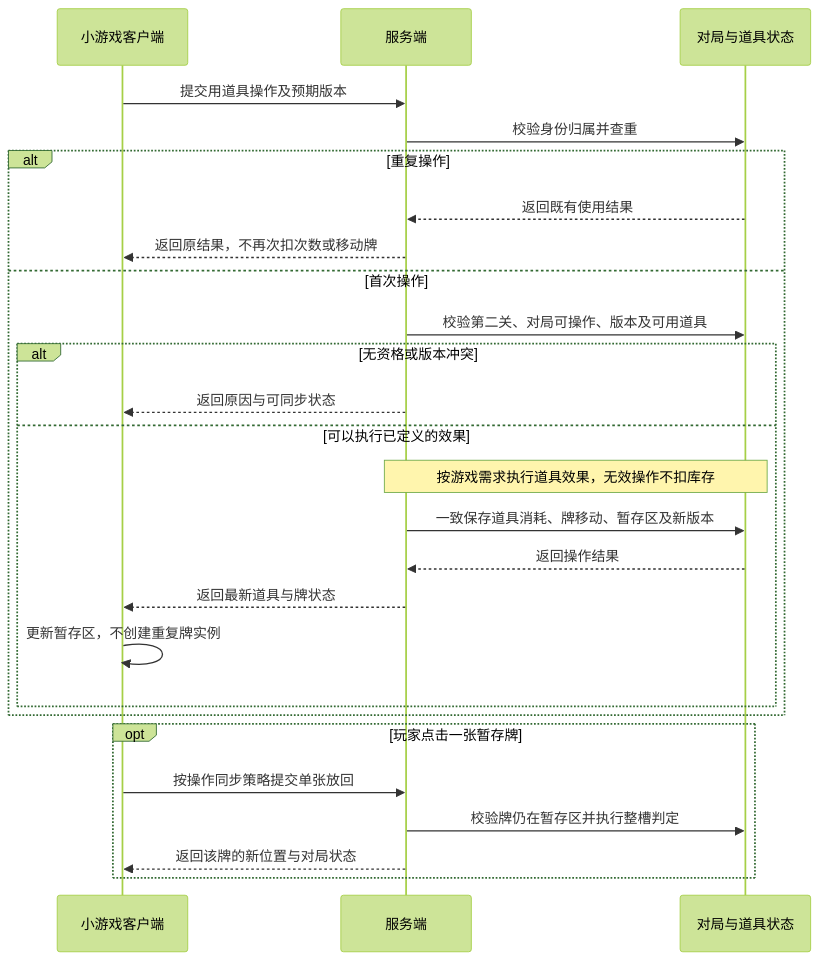
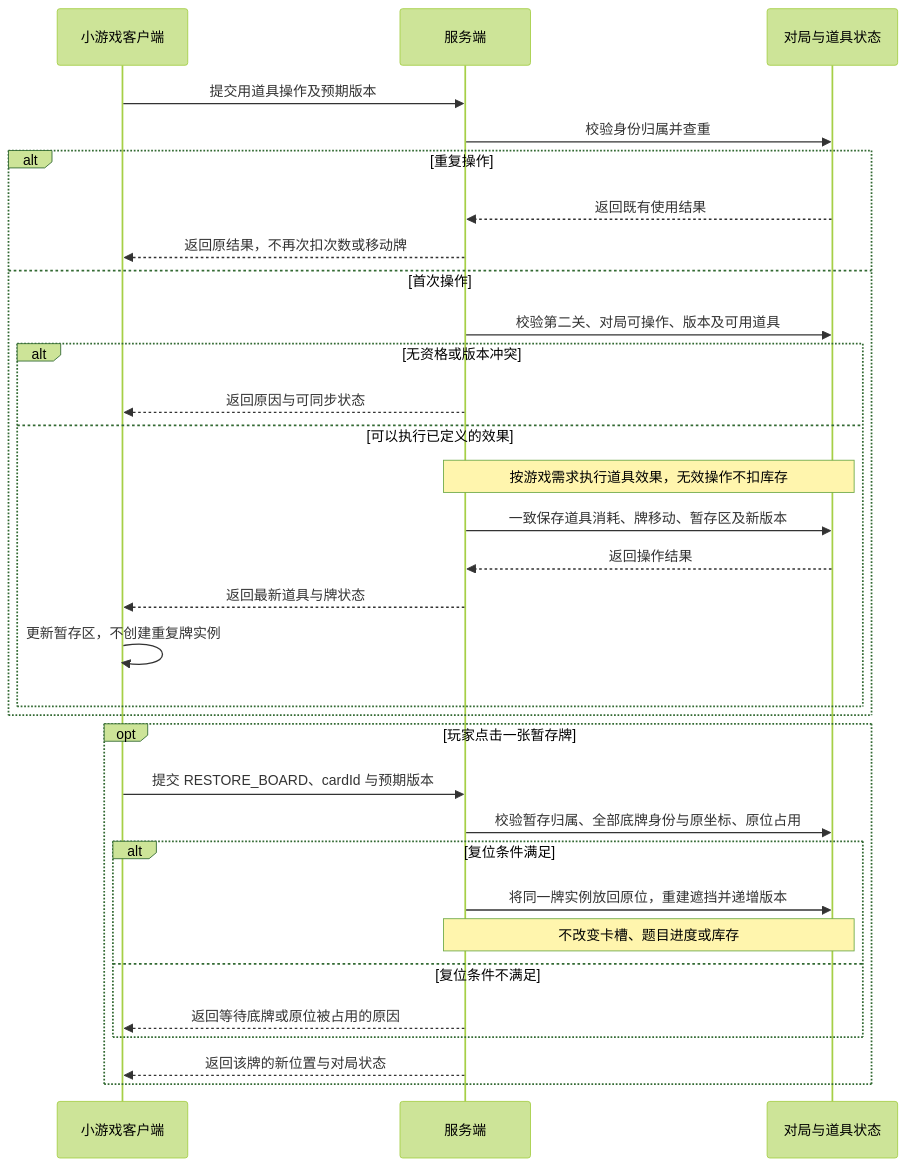
The third of 6 diagrams in docs/20-interfaces/GAME-CONTRACT.md (thundax-lyp/pretzel), drawn with Mermaid (forest theme) before and after one commit. The commit also changed other lines of this file and 123 other files, not shown here.

````diff
--- a/docs/20-interfaces/GAME-CONTRACT.md
+++ b/docs/20-interfaces/GAME-CONTRACT.md
@@ -186,28 +196,34 @@
 ```mermaid
 sequenceDiagram
     participant C as 小游戏客户端
     participant S as 服务端
     participant D as 对局与道具状态
     C->>S: 提交用道具操作及预期版本
     S->>D: 校验身份归属并查重
     alt 重复操作
         D-->>S: 返回既有使用结果
         S-->>C: 返回原结果，不再次扣次数或移动牌
     else 首次操作
         S->>D: 校验第二关、对局可操作、版本及可用道具
         alt 无资格或版本冲突
             S-->>C: 返回原因与可同步状态
         else 可以执行已定义的效果
             Note over S,D: 按游戏需求执行道具效果，无效操作不扣库存
             S->>D: 一致保存道具消耗、牌移动、暂存区及新版本
             D-->>S: 返回操作结果
             S-->>C: 返回最新道具与牌状态
             C->>C: 更新暂存区，不创建重复牌实例
         end
     end
     opt 玩家点击一张暂存牌
-        C->>S: 按操作同步策略提交单张放回
-        S->>D: 校验牌仍在暂存区并执行整槽判定
+        C->>S: 提交 RESTORE_BOARD、cardId 与预期版本
+        S->>D: 校验暂存归属、全部底牌身份与原坐标、原位占用
+        alt 复位条件满足
+            S->>D: 将同一牌实例放回原位，重建遮挡并递增版本
+            Note over S,D: 不改变卡槽、题目进度或库存
+        else 复位条件不满足
+            S-->>C: 返回等待底牌或原位被占用的原因
+        end
         S-->>C: 返回该牌的新位置与对局状态
     end
 ```
````
